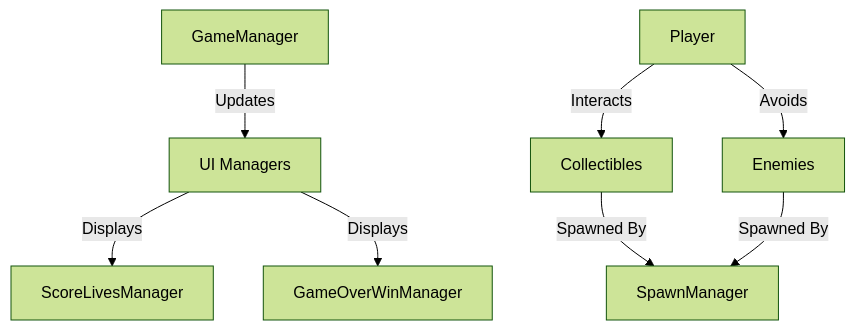
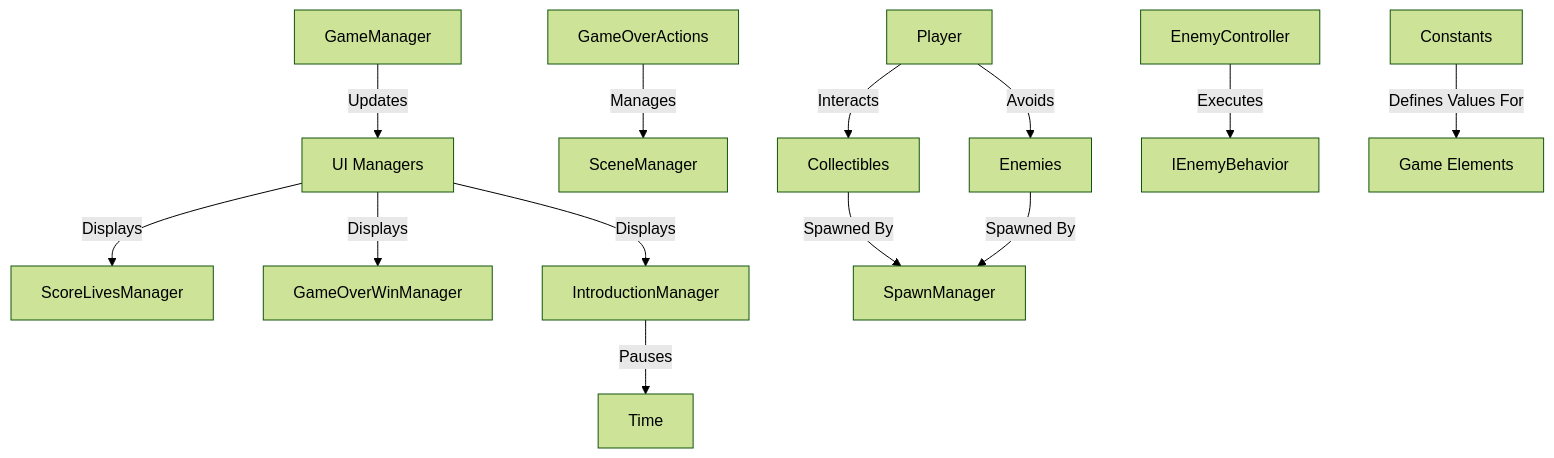
Before and after one commit to TwoBitCode/CollectAndAvoid: the second of 2 diagrams in README.md, drawn with Mermaid (forest theme). The commit also changed other lines of this file, not shown here.

````diff
--- a/README.md
+++ b/README.md
@@ -124,10 +132,16 @@
 ```mermaid
 graph TD
     GameManager -->|Updates| UI[UI Managers]
     UI -->|Displays| ScoreLivesManager
     UI -->|Displays| GameOverWinManager
+    UI -->|Displays| IntroductionManager
+    IntroductionManager -->|Pauses| Time
+    GameOverActions -->|Manages| SceneManager
     Player -->|Interacts| Collectibles
     Player -->|Avoids| Enemies
     Collectibles -->|Spawned By| SpawnManager
     Enemies -->|Spawned By| SpawnManager
+    EnemyController -->|Executes| IEnemyBehavior
+    Constants -->|Defines Values For| All[Game Elements]
+
 ```
````
